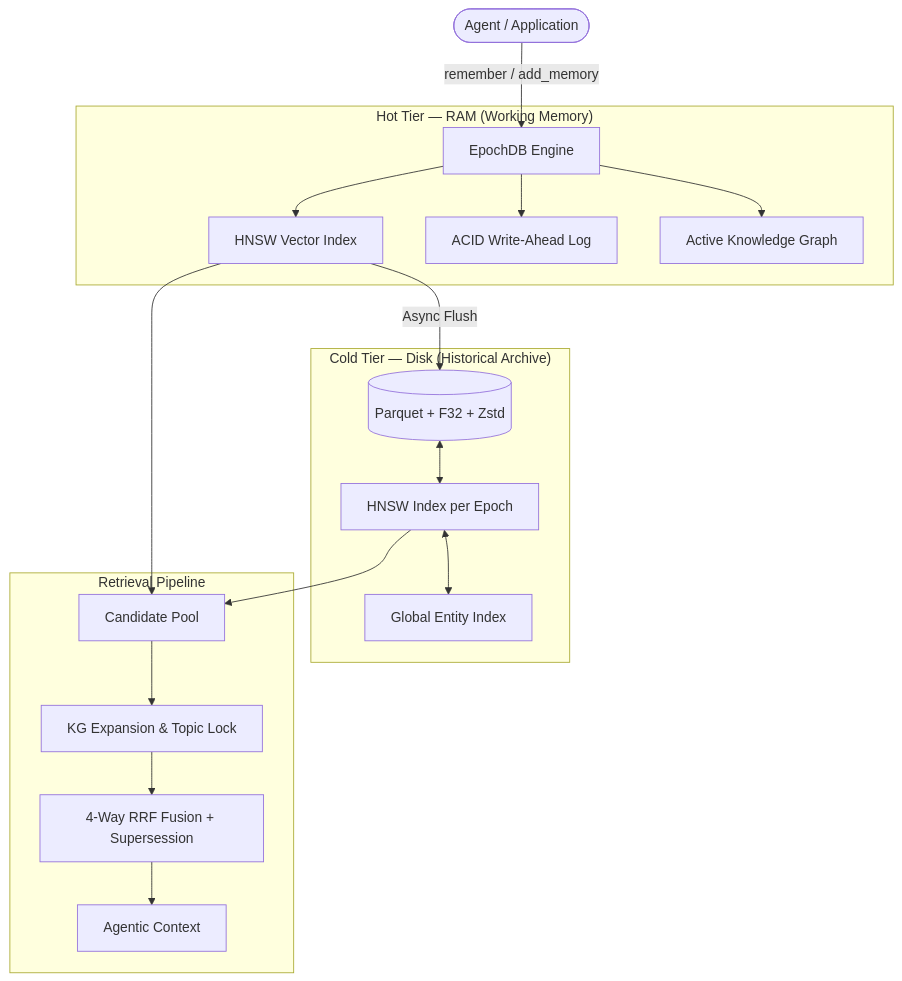
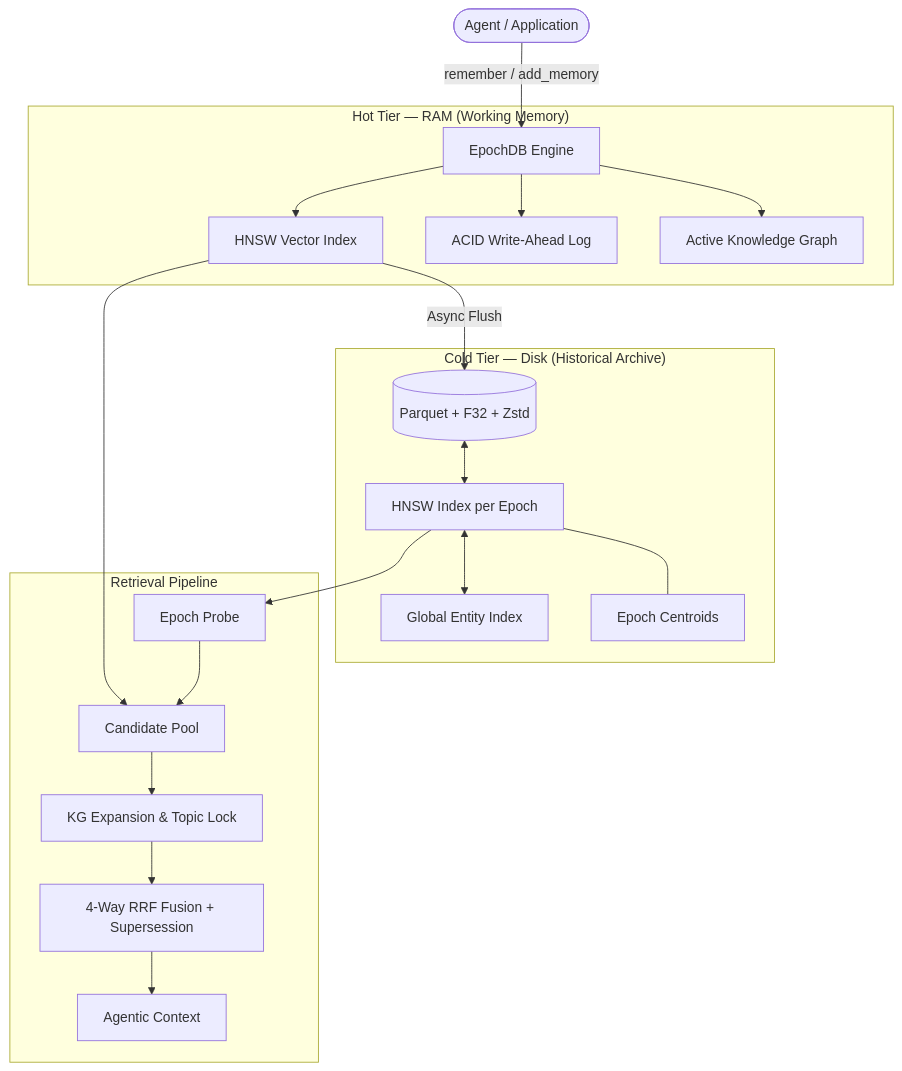
Before and after one commit to jersobh/epochdb: the diagram in how_it_works.md, drawn with Mermaid. The commit also changed other lines of this file and 16 other files, not shown here.

````diff
--- a/how_it_works.md
+++ b/how_it_works.md
@@ -23,23 +23,26 @@
 ```mermaid
 graph TD
     Agent([Agent / Application]) -->|remember / add_memory| Engine[EpochDB Engine]
 
     subgraph "Hot Tier — RAM (Working Memory)"
         Engine --> HNSW_H[HNSW Vector Index]
         Engine --> WAL[ACID Write-Ahead Log]
         Engine --> KG[Active Knowledge Graph]
     end
 
     subgraph "Cold Tier — Disk (Historical Archive)"
         HNSW_H -->|Async Flush| Parquet[(Parquet + F32 + Zstd)]
         Parquet <--> HNSW_C[HNSW Index per Epoch]
         HNSW_C <--> GEI[Global Entity Index]
+        HNSW_C --- Centroids[Epoch Centroids]
     end
 
     subgraph "Retrieval Pipeline"
-        HNSW_H & HNSW_C --> Pool[Candidate Pool]
+        HNSW_H --> Pool[Candidate Pool]
+        HNSW_C --> Probe[Epoch Probe]
+        Probe --> Pool
         Pool --> KG_Exp[KG Expansion & Topic Lock]
         KG_Exp --> RRF[4-Way RRF Fusion + Supersession]
         RRF --> Context[Agentic Context]
     end
 ```
````
